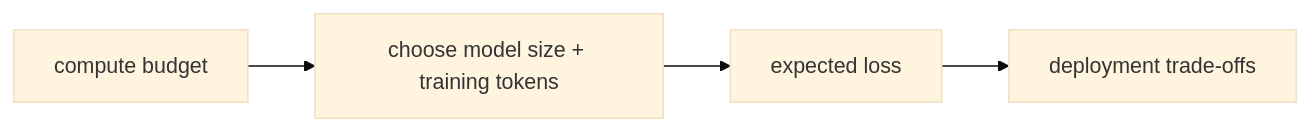
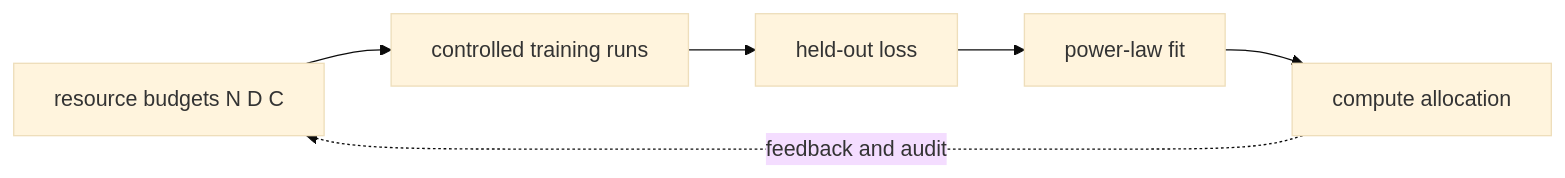
Before and after one commit to niyama-admin/learning-lab: the first of 2 diagrams in llm-learning-repository/tutorials/01-foundations/04-scaling-laws.md, drawn with Mermaid (base theme). The commit also changed other lines of this file and 24 other files, not shown here.

````diff
--- a/llm-learning-repository/tutorials/01-foundations/04-scaling-laws.md
+++ b/llm-learning-repository/tutorials/01-foundations/04-scaling-laws.md
@@ -9,6 +22,8 @@
 ```mermaid
 flowchart LR
-  A["compute budget"] --> B["choose model size + training tokens"]
-  B["choose model size + training tokens"] --> C["expected loss"]
-  C["expected loss"] --> D["deployment trade-offs"]
+  A["resource budgets N D C"] --> B["controlled training runs"]
+  B --> C["held-out loss"]
+  C --> D["power-law fit"]
+  D --> E["compute allocation"]
+  E -. feedback and audit .-> A
 ```
````
